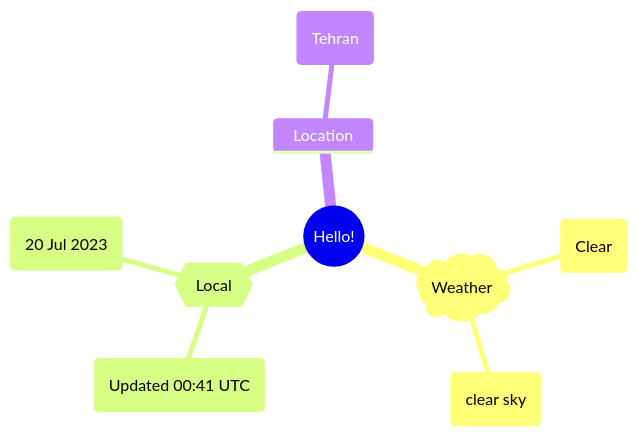
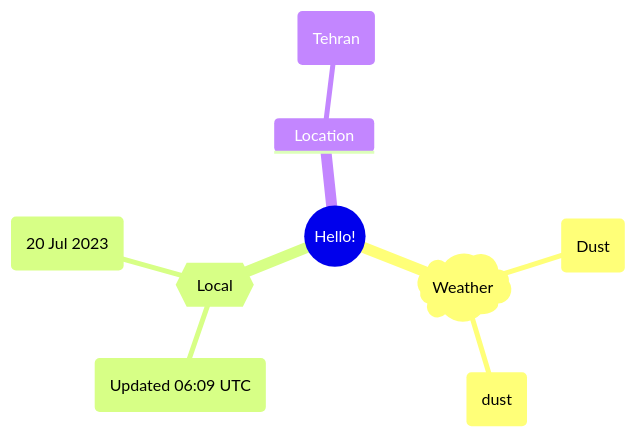
One commit to Xosrov/Xosrov changed the first of 2 diagrams in README.md. Above: the diagram before and after it, drawn with Mermaid.

Commit message:
[bot] updated images

````diff
--- a/README.md
+++ b/README.md
@@ -3,12 +3,12 @@
 ```mermaid
 mindmap
   root((Hello!))
     )Weather(
-        (Clear)
-        (clear sky)
+        (Dust)
+        (dust)
     {{Local}}
-        (Updated 00:41 UTC)
+        (Updated 06:09 UTC)
         (20 Jul 2023)
     Location
         (Tehran)
 ```
````
